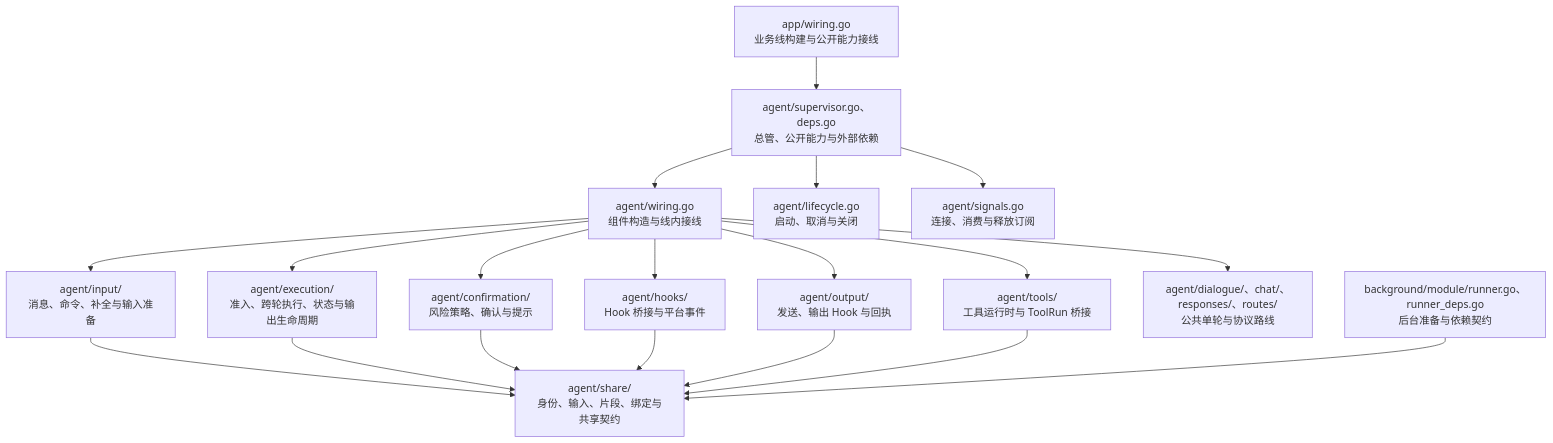
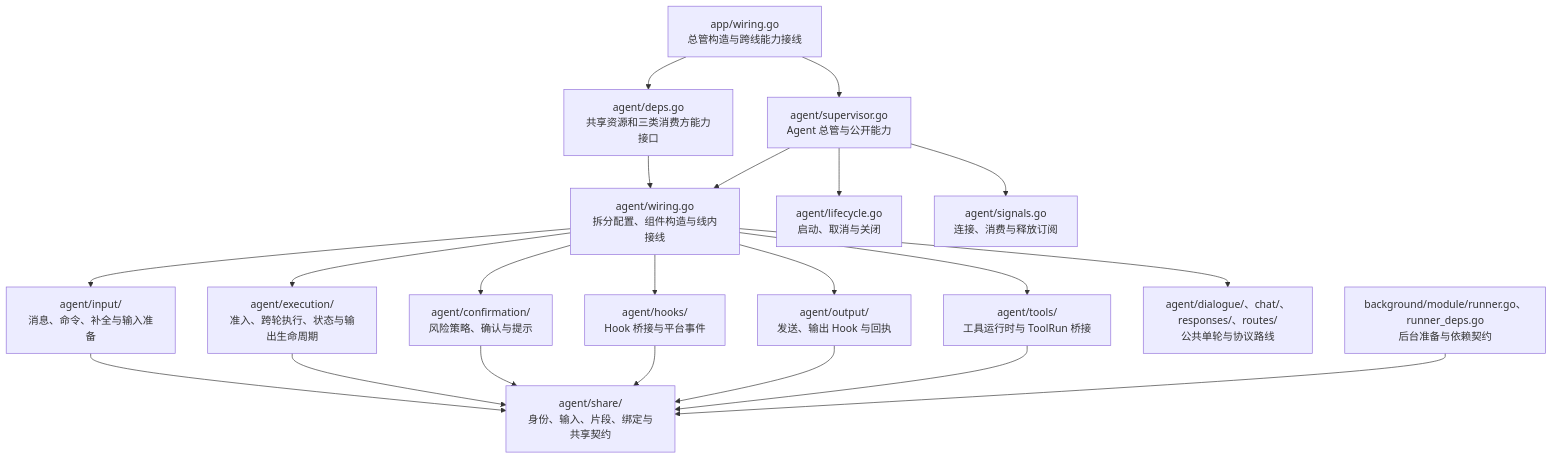
The second of 7 diagrams in devdocs/architecture.md (Elflare/elbot), drawn with Mermaid before and after one commit. The commit also changed other lines of this file and 117 other files, not shown here.

Commit message:
refactor app: agent

````diff
--- a/devdocs/architecture.md
+++ b/devdocs/architecture.md
@@ -95,16 +99,18 @@
 ```mermaid
 flowchart TD
-    A["app/wiring.go<br/>业务线构建与公开能力接线"] --> S["agent/supervisor.go、deps.go<br/>总管、公开能力与外部依赖"]
-    S --> W["agent/wiring.go<br/>组件构造与线内接线"]
+    A["app/wiring.go<br/>总管构造与跨线能力接线"] --> S["agent/supervisor.go<br/>Agent 总管与公开能力"]
+    A --> DEP["agent/deps.go<br/>共享资源和三类消费方能力接口"]
+    DEP --> W
+    S --> W["agent/wiring.go<br/>拆分配置、组件构造与线内接线"]
     S --> L["agent/lifecycle.go<br/>启动、取消与关闭"]
     S --> G["agent/signals.go<br/>连接、消费与释放订阅"]
     W --> I["agent/input/<br/>消息、命令、补全与输入准备"]
     W --> E["agent/execution/<br/>准入、跨轮执行、状态与输出生命周期"]
     W --> C["agent/confirmation/<br/>风险策略、确认与提示"]
     W --> H["agent/hooks/<br/>Hook 桥接与平台事件"]
     W --> O["agent/output/<br/>发送、输出 Hook 与回执"]
     W --> T["agent/tools/<br/>工具运行时与 ToolRun 桥接"]
     W --> D["agent/dialogue/、chat/、responses/、routes/<br/>公共单轮与协议路线"]
     I & E & C & H & O & T --> R["agent/share/<br/>身份、输入、片段、绑定与共享契约"]
     B["background/module/runner.go、runner_deps.go<br/>后台准备与依赖契约"] --> R
 ```
````
